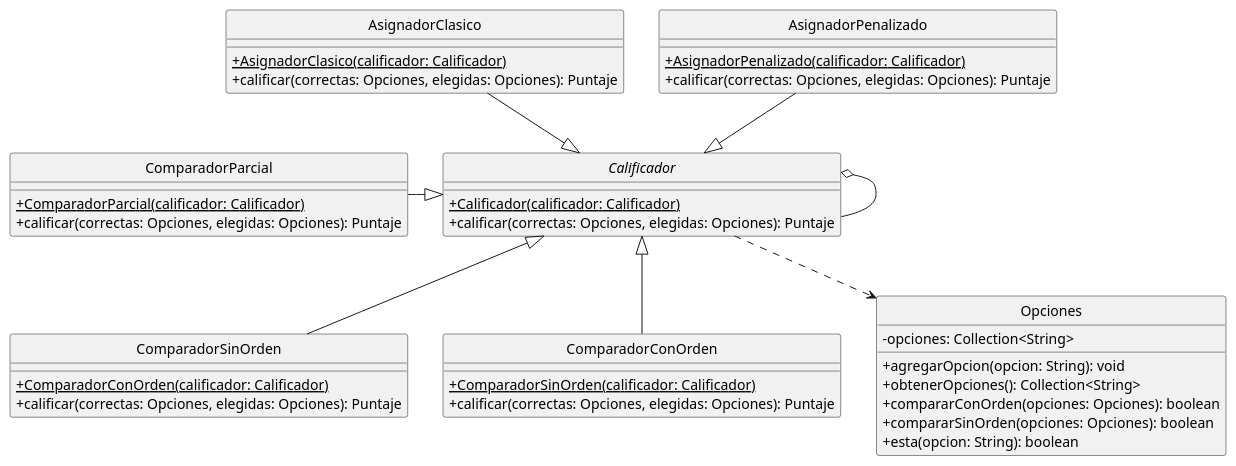
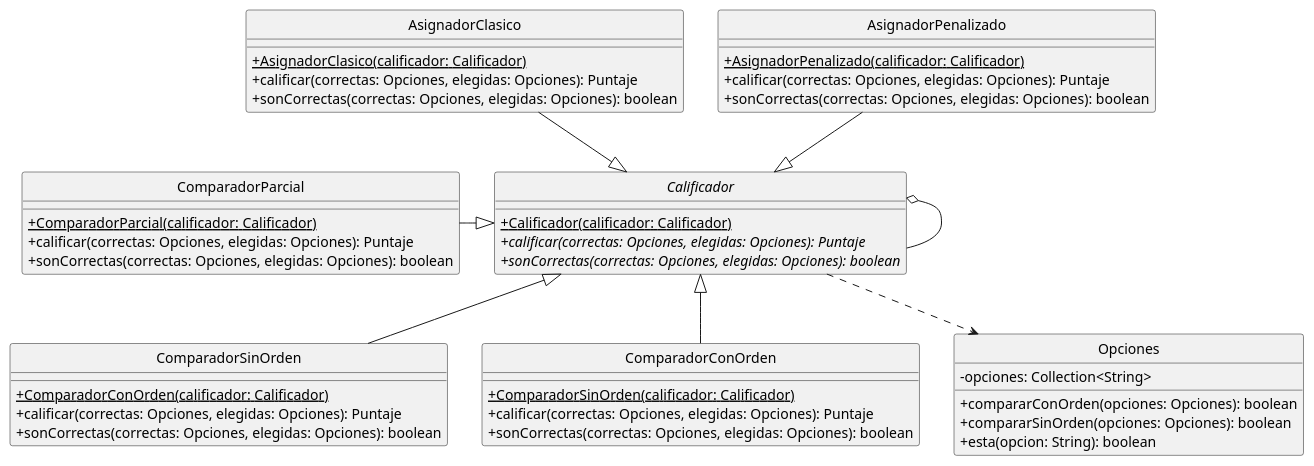
One commit to Alex1161/TP2 changed the diagram in src/main/java/edu/fiuba/algo3/Diagramas/puml/Calificador.puml. Above: the diagram before and after it, drawn with PlantUML. The commit also changed 4 other files, not shown here.

Commit message:
Diagrama Puntaje, Comodin y Calificador actualizado

```diff
--- a/src/main/java/edu/fiuba/algo3/Diagramas/puml/Calificador.puml
+++ b/src/main/java/edu/fiuba/algo3/Diagramas/puml/Calificador.puml
@@ -1,54 +1,58 @@
 @startuml
 hide circle
 skinparam classAttributeIconSize 0
 
 'Clases
 Abstract Calificador{
     +{static}Calificador(calificador: Calificador)
-    +calificar(correctas: Opciones, elegidas: Opciones): Puntaje
+    +{abstract}calificar(correctas: Opciones, elegidas: Opciones): Puntaje
+    +{abstract}sonCorrectas(correctas: Opciones, elegidas: Opciones): boolean
 }
 
 Class ComparadorSinOrden{
     +{static}ComparadorConOrden(calificador: Calificador)
     +calificar(correctas: Opciones, elegidas: Opciones): Puntaje
+    +sonCorrectas(correctas: Opciones, elegidas: Opciones): boolean
 }
 
 Class ComparadorConOrden{
     +{static}ComparadorSinOrden(calificador: Calificador)
     +calificar(correctas: Opciones, elegidas: Opciones): Puntaje
+    +sonCorrectas(correctas: Opciones, elegidas: Opciones): boolean
 }
 
 Class ComparadorParcial{
     +{static}ComparadorParcial(calificador: Calificador)
     +calificar(correctas: Opciones, elegidas: Opciones): Puntaje
+    +sonCorrectas(correctas: Opciones, elegidas: Opciones): boolean
 }
 
 Class AsignadorClasico{
     +{static}AsignadorClasico(calificador: Calificador)
     +calificar(correctas: Opciones, elegidas: Opciones): Puntaje
+    +sonCorrectas(correctas: Opciones, elegidas: Opciones): boolean
 }
 
 Class AsignadorPenalizado{
     +{static}AsignadorPenalizado(calificador: Calificador)
     +calificar(correctas: Opciones, elegidas: Opciones): Puntaje
+    +sonCorrectas(correctas: Opciones, elegidas: Opciones): boolean
 }
 
 Class Opciones{
     -opciones: Collection<String>
-    +agregarOpcion(opcion: String): void
-    +obtenerOpciones(): Collection<String>
     +compararConOrden(opciones: Opciones): boolean
     +compararSinOrden(opciones: Opciones): boolean
     +esta(opcion: String): boolean
 }
 
 'Relaciones
 Calificador ..> Opciones
 Calificador o-- Calificador
 ComparadorConOrden -up-|> Calificador
 ComparadorSinOrden -up-|> Calificador
 ComparadorParcial -right-|> Calificador
 AsignadorClasico --|> Calificador
 AsignadorPenalizado --|> Calificador
 
 @enduml
```
